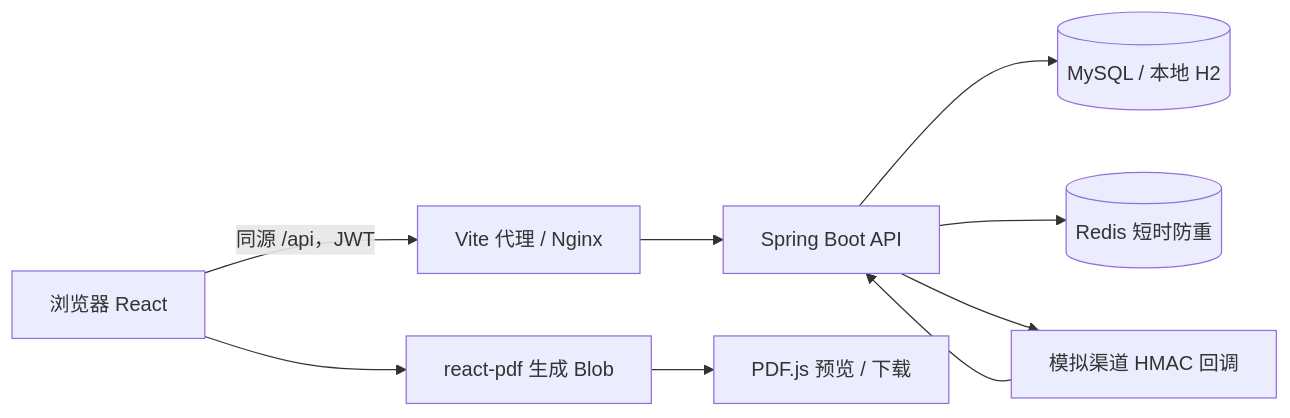
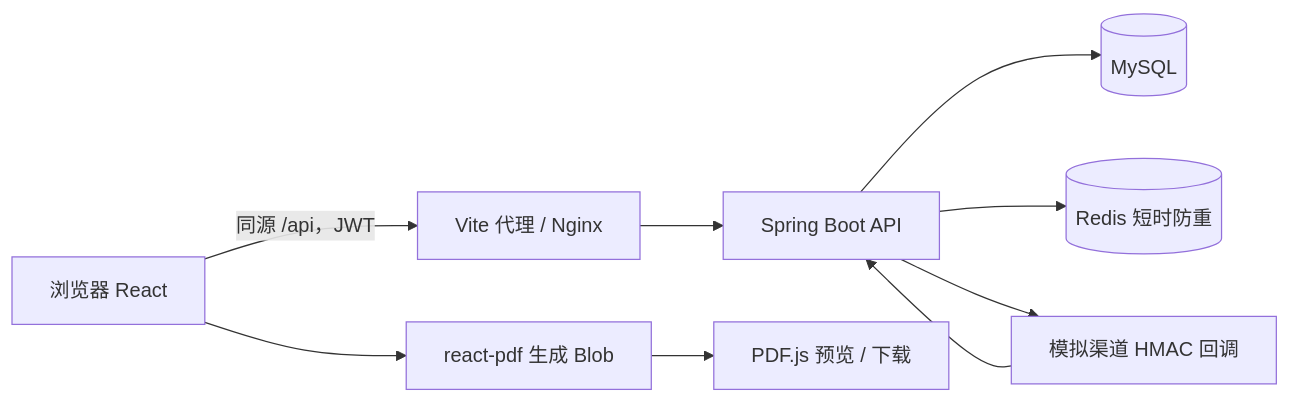
One commit to cwjbjy/resume_generator changed the first of 2 diagrams in README.md. Above: the diagram before and after it, drawn with Mermaid. The commit also changed other lines of this file and 12 other files, not shown here.

````diff
--- a/README.md
+++ b/README.md
@@ -120,11 +138,11 @@
 ```mermaid
 flowchart LR
   U[浏览器 React] -->|同源 /api，JWT| N[Vite 代理 / Nginx]
   N --> B[Spring Boot API]
-  B --> DB[(MySQL / 本地 H2)]
+  B --> DB[(MySQL)]
   B --> R[(Redis 短时防重)]
   U --> P[react-pdf 生成 Blob]
   P --> V[PDF.js 预览 / 下载]
   B --> M[模拟渠道 HMAC 回调]
   M --> B
 ```
````
